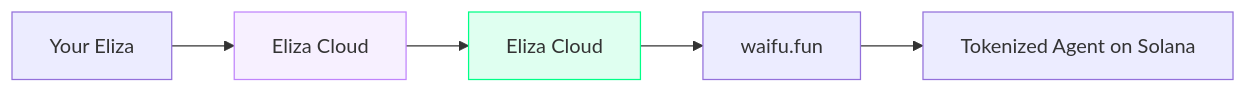
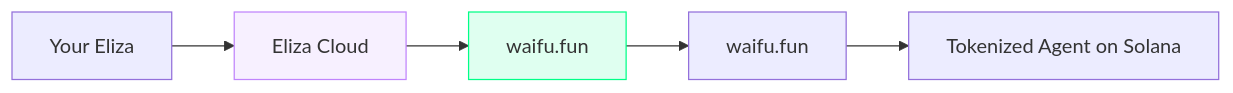
The diagram in docs/concepts/eliza-cloud.mdx (waifufun/waifu.fun), drawn with Mermaid before and after one commit. The commit also changed other lines of this file and 53 other files, not shown here.

````diff
--- a/docs/concepts/eliza-cloud.mdx
+++ b/docs/concepts/eliza-cloud.mdx
@@ -24,10 +24,10 @@
 ```mermaid
 graph LR
     A[Your Eliza] --> B[Eliza Cloud]
-    B --> C[Eliza Cloud]
+    B --> C[waifu.fun]
     C --> D[waifu.fun]
     D --> E[Tokenized Agent on Solana]
     
     style B fill:#c084fc20,stroke:#c084fc
     style C fill:#00ff8720,stroke:#00ff87
 ```
````
